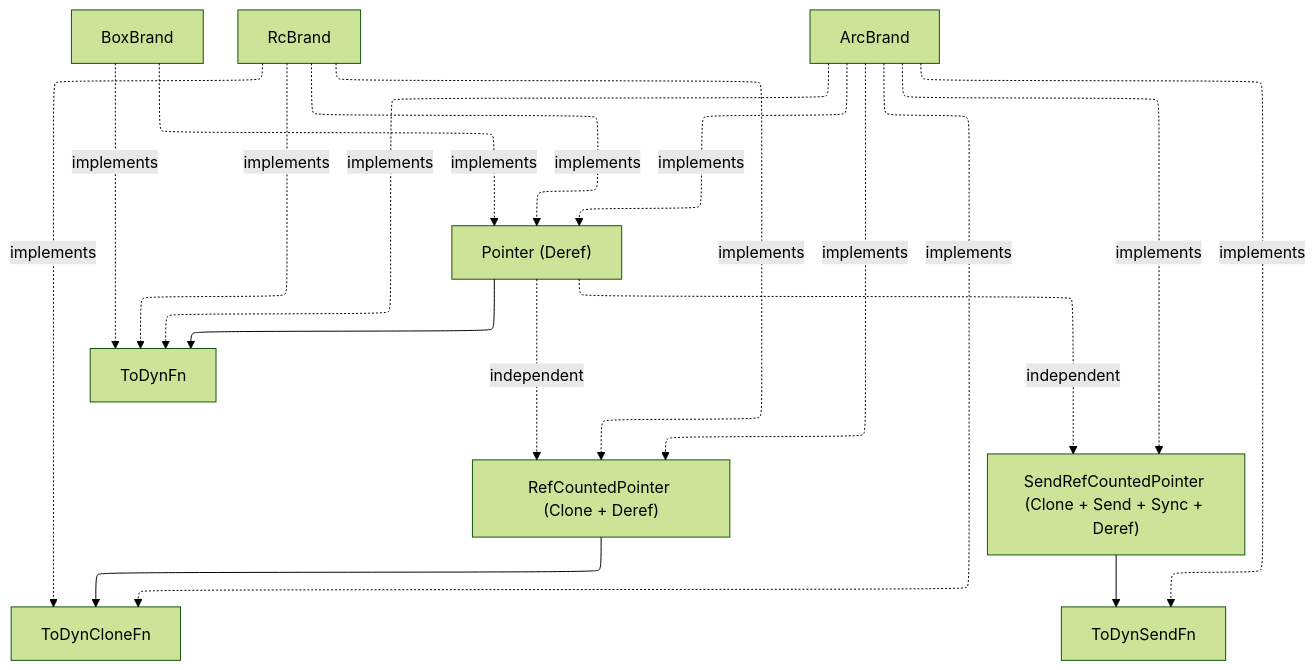
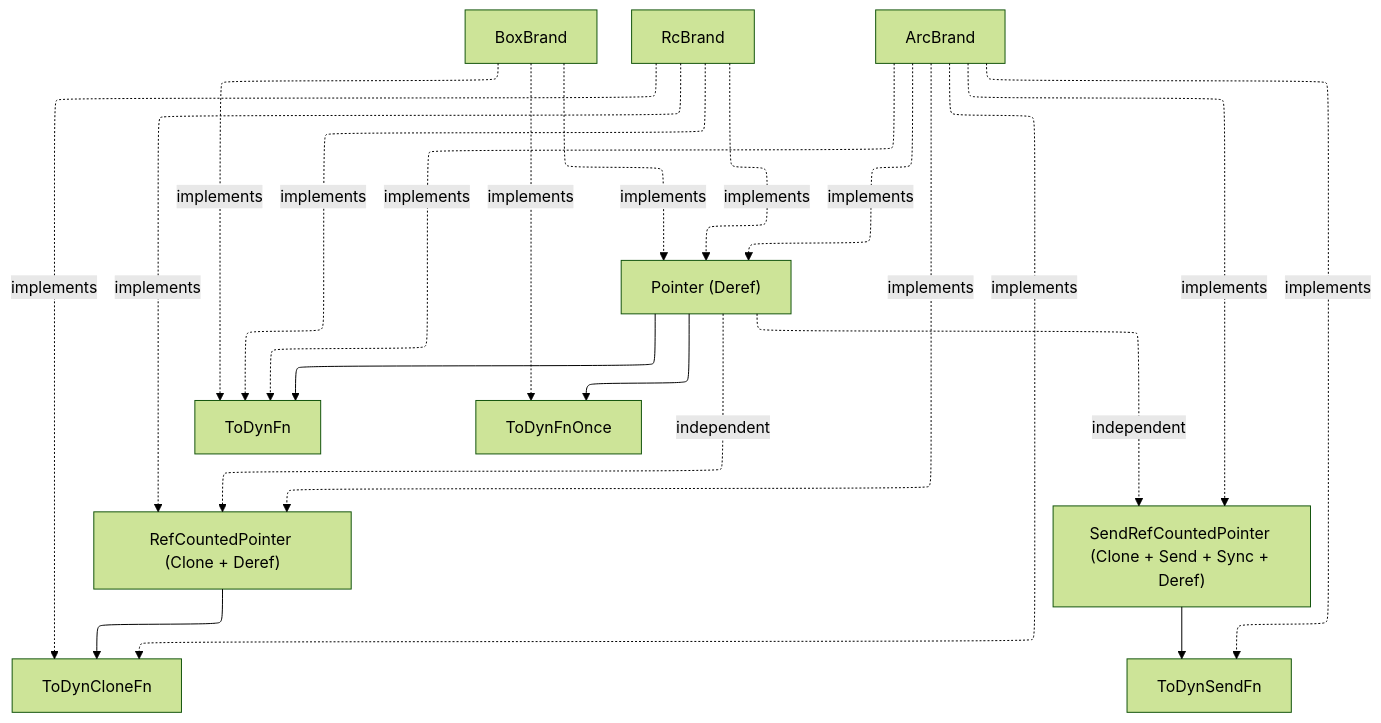
One commit to nothingnesses/rust-fp-library changed the diagram in fp-library/docs/pointer-abstraction.md. Above: the diagram before and after it, drawn with Mermaid (forest theme). The commit also changed other lines of this file and 2 other files, not shown here.

````diff
--- a/fp-library/docs/pointer-abstraction.md
+++ b/fp-library/docs/pointer-abstraction.md
@@ -9,24 +9,26 @@
 ```mermaid
 ---
 config:
   layout: elk
 ---
 graph TD
     Pointer["Pointer (Deref)"] -.independent.-> RefCountedPointer["RefCountedPointer (Clone + Deref)"]
     Pointer -.independent.-> SendRefCountedPointer["SendRefCountedPointer (Clone + Send + Sync + Deref)"]
     RefCountedPointer --> ToDynCloneFn["ToDynCloneFn"]
     SendRefCountedPointer --> ToDynSendFn["ToDynSendFn"]
     Pointer --> ToDynFn["ToDynFn"]
+    Pointer --> ToDynFnOnce["ToDynFnOnce"]
     BoxBrand -.implements.-> Pointer
     BoxBrand -.implements.-> ToDynFn
+    BoxBrand -.implements.-> ToDynFnOnce
     RcBrand -.implements.-> Pointer
     RcBrand -.implements.-> RefCountedPointer
     RcBrand -.implements.-> ToDynFn
     RcBrand -.implements.-> ToDynCloneFn
     ArcBrand -.implements.-> Pointer
     ArcBrand -.implements.-> RefCountedPointer
     ArcBrand -.implements.-> SendRefCountedPointer
     ArcBrand -.implements.-> ToDynFn
     ArcBrand -.implements.-> ToDynCloneFn
     ArcBrand -.implements.-> ToDynSendFn
 ```
````
